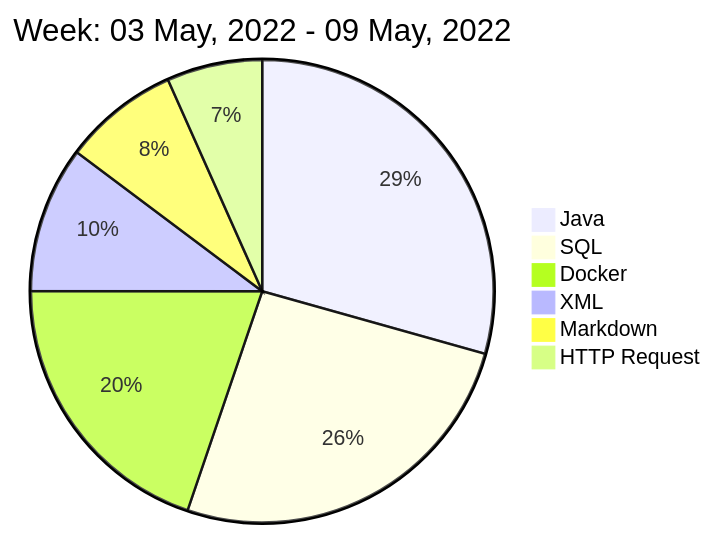
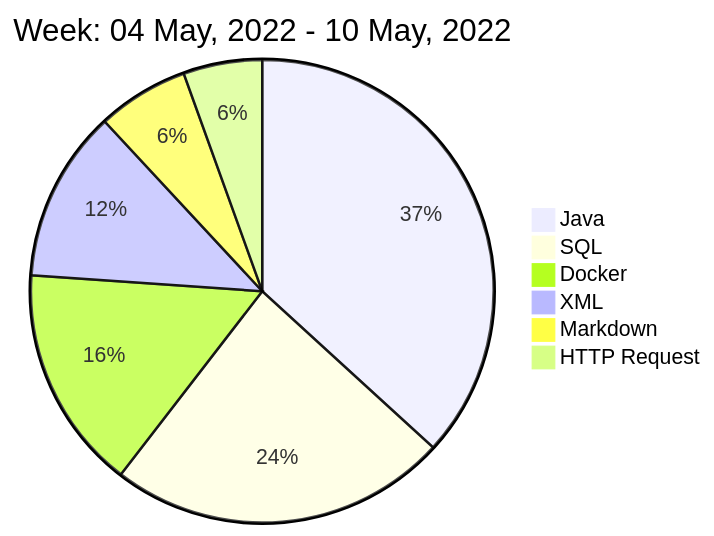
The diagram in README.md (liubin95/liubin95), drawn with Mermaid before and after one commit.

Commit message:
Updated the Graph with new Metrics

````diff
--- a/README.md
+++ b/README.md
@@ -40,10 +40,10 @@
 ```mermaid
  pie
-title Week: 03 May, 2022 - 09 May, 2022
- "Java" : 4.97
- "SQL" : 4.38
+title Week: 04 May, 2022 - 10 May, 2022
+ "Java" : 7.88
+ "SQL" : 5.07
  "Docker" : 3.35
- "XML" : 1.73
+ "XML" : 2.57
  "Markdown" : 1.37
- "HTTP Request" : 1.13
+ "HTTP Request" : 1.18
 ```
````
